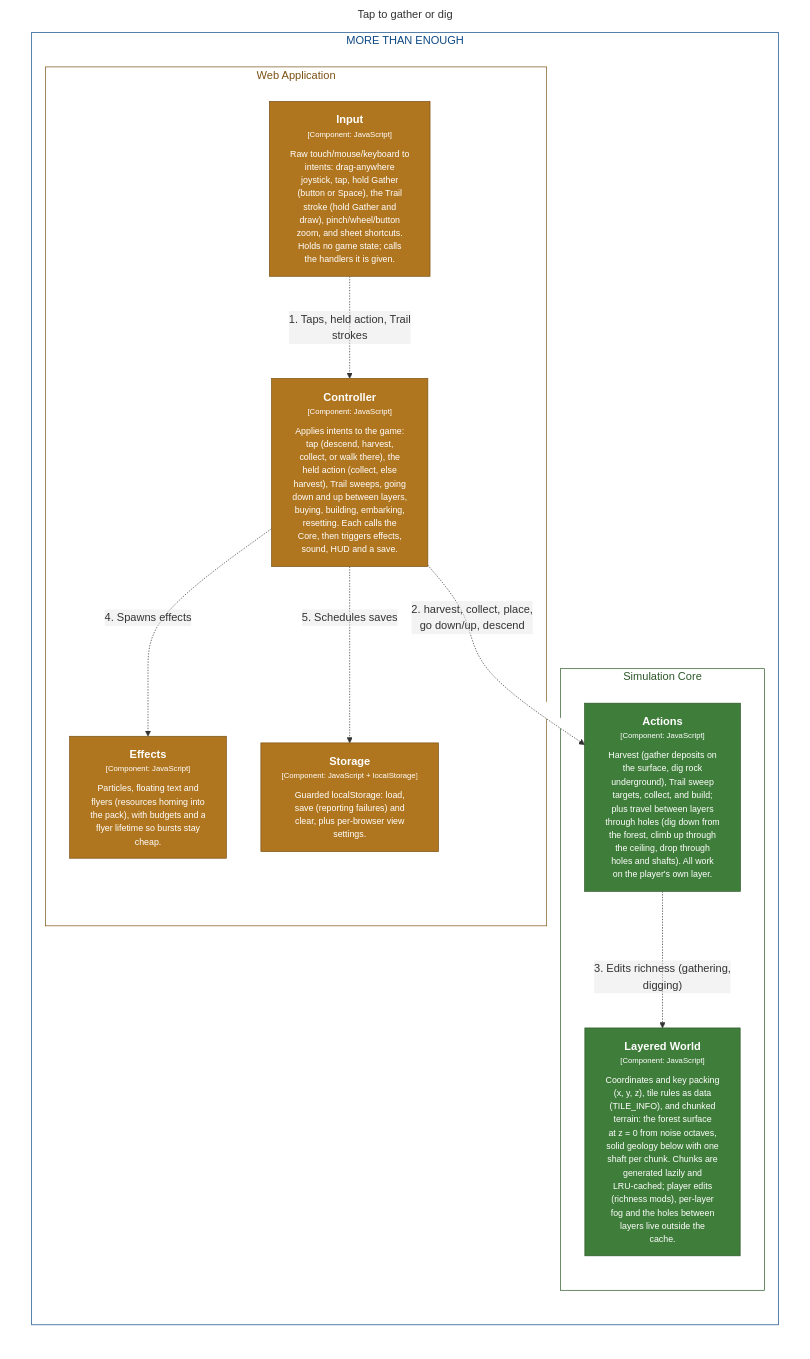
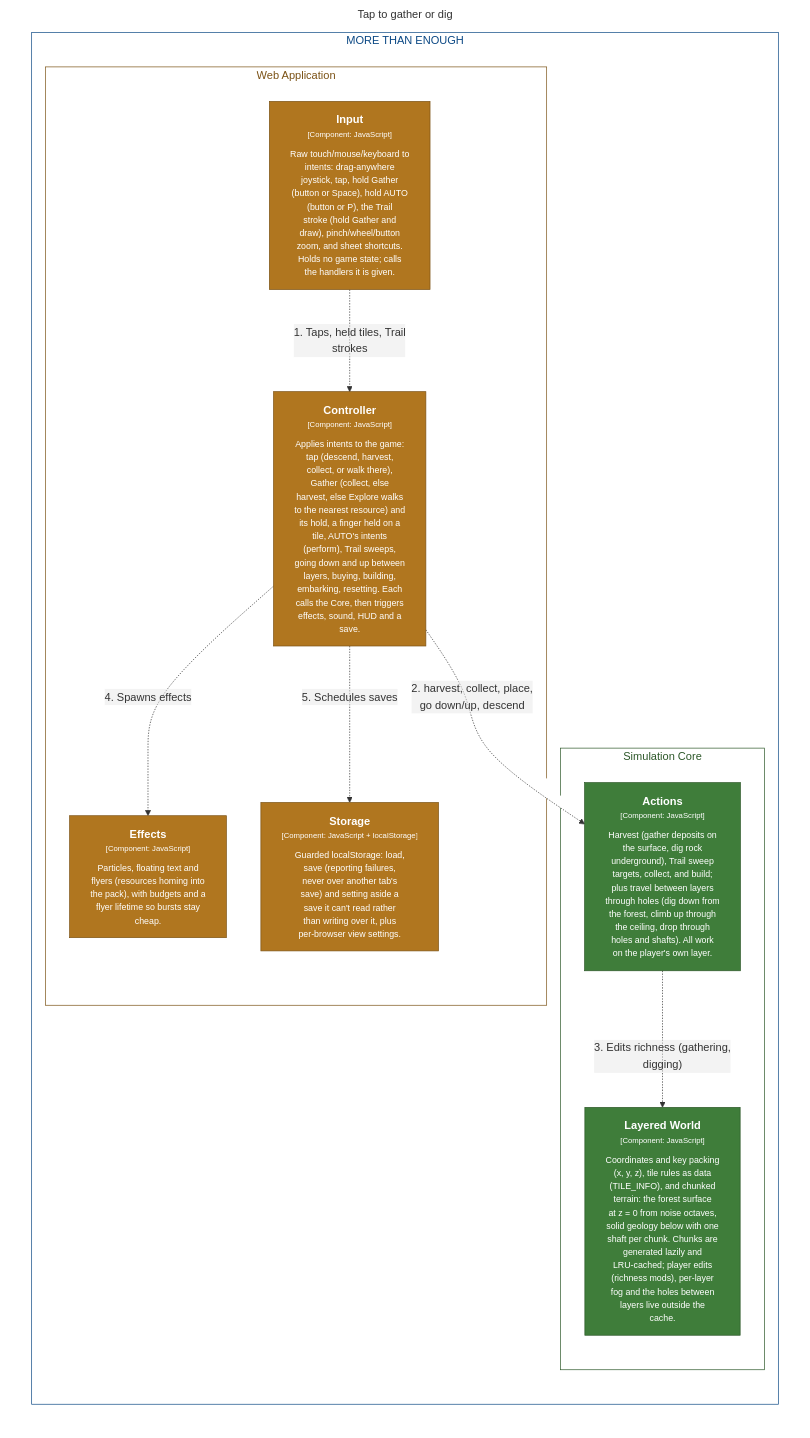
One commit to bitkojine/more-than-enough changed the diagram in structurizr/diagrams/CollectFlow.mmd. Above: the diagram before and after it, drawn with Mermaid. The commit also changed 82 other files, not shown here.

Commit message:
v0.131.4: scale simulation and make AUTO fair and surface-first

```diff
--- a/structurizr/diagrams/CollectFlow.mmd
+++ b/structurizr/diagrams/CollectFlow.mmd
@@ -1,41 +1,41 @@
 %% Generated from structurizr/workspace.dsl — do not edit; run: node structurizr/scripts/structurizr.mjs mermaid
 graph LR
   linkStyle default fill:#ffffff
 
   subgraph diagram ["Tap to gather or dig"]
     style diagram fill:#ffffff,stroke:#ffffff
 
     subgraph 3 ["MORE THAN ENOUGH"]
       style 3 fill:#ffffff,stroke:#0b4884,color:#0b4884
 
-      subgraph 18 ["Simulation Core"]
-        style 18 fill:#ffffff,stroke:#2c5728,color:#2c5728
+      subgraph 22 ["Simulation Core"]
+        style 22 fill:#ffffff,stroke:#2c5728,color:#2c5728
 
-        19["<div style='font-weight: bold'>Layered World</div><div style='font-size: 70%; margin-top: 0px'>[Component: JavaScript]</div><div style='font-size: 80%; margin-top:10px'>Coordinates and key packing<br />(x, y, z), tile rules as data<br />(TILE_INFO), and chunked<br />terrain: the forest surface<br />at z = 0 from noise octaves,<br />solid geology below with one<br />shaft per chunk. Chunks are<br />generated lazily and<br />LRU-cached; player edits<br />(richness mods), per-layer<br />fog and the holes between<br />layers live outside the<br />cache.</div>"]
-        style 19 fill:#3f7d3a,stroke:#2c5728,color:#ffffff
-        22["<div style='font-weight: bold'>Actions</div><div style='font-size: 70%; margin-top: 0px'>[Component: JavaScript]</div><div style='font-size: 80%; margin-top:10px'>Harvest (gather deposits on<br />the surface, dig rock<br />underground), Trail sweep<br />targets, collect, and build;<br />plus travel between layers<br />through holes (dig down from<br />the forest, climb up through<br />the ceiling, drop through<br />holes and shafts). All work<br />on the player's own layer.</div>"]
-        style 22 fill:#3f7d3a,stroke:#2c5728,color:#ffffff
+        23["<div style='font-weight: bold'>Layered World</div><div style='font-size: 70%; margin-top: 0px'>[Component: JavaScript]</div><div style='font-size: 80%; margin-top:10px'>Coordinates and key packing<br />(x, y, z), tile rules as data<br />(TILE_INFO), and chunked<br />terrain: the forest surface<br />at z = 0 from noise octaves,<br />solid geology below with one<br />shaft per chunk. Chunks are<br />generated lazily and<br />LRU-cached; player edits<br />(richness mods), per-layer<br />fog and the holes between<br />layers live outside the<br />cache.</div>"]
+        style 23 fill:#3f7d3a,stroke:#2c5728,color:#ffffff
+        26["<div style='font-weight: bold'>Actions</div><div style='font-size: 70%; margin-top: 0px'>[Component: JavaScript]</div><div style='font-size: 80%; margin-top:10px'>Harvest (gather deposits on<br />the surface, dig rock<br />underground), Trail sweep<br />targets, collect, and build;<br />plus travel between layers<br />through holes (dig down from<br />the forest, climb up through<br />the ceiling, drop through<br />holes and shafts). All work<br />on the player's own layer.</div>"]
+        style 26 fill:#3f7d3a,stroke:#2c5728,color:#ffffff
       end
 
       subgraph 4 ["Web Application"]
         style 4 fill:#ffffff,stroke:#7b5215,color:#7b5215
 
-        10["<div style='font-weight: bold'>Effects</div><div style='font-size: 70%; margin-top: 0px'>[Component: JavaScript]</div><div style='font-size: 80%; margin-top:10px'>Particles, floating text and<br />flyers (resources homing into<br />the pack), with budgets and a<br />flyer lifetime so bursts stay<br />cheap.</div>"]
-        style 10 fill:#b0761f,stroke:#7b5215,color:#ffffff
-        15["<div style='font-weight: bold'>Storage</div><div style='font-size: 70%; margin-top: 0px'>[Component: JavaScript + localStorage]</div><div style='font-size: 80%; margin-top:10px'>Guarded localStorage: load,<br />save (reporting failures) and<br />clear, plus per-browser view<br />settings.</div>"]
-        style 15 fill:#b0761f,stroke:#7b5215,color:#ffffff
-        6["<div style='font-weight: bold'>Input</div><div style='font-size: 70%; margin-top: 0px'>[Component: JavaScript]</div><div style='font-size: 80%; margin-top:10px'>Raw touch/mouse/keyboard to<br />intents: drag-anywhere<br />joystick, tap, hold Gather<br />(button or Space), the Trail<br />stroke (hold Gather and<br />draw), pinch/wheel/button<br />zoom, and sheet shortcuts.<br />Holds no game state; calls<br />the handlers it is given.</div>"]
-        style 6 fill:#b0761f,stroke:#7b5215,color:#ffffff
-        7["<div style='font-weight: bold'>Controller</div><div style='font-size: 70%; margin-top: 0px'>[Component: JavaScript]</div><div style='font-size: 80%; margin-top:10px'>Applies intents to the game:<br />tap (descend, harvest,<br />collect, or walk there), the<br />held action (collect, else<br />harvest), Trail sweeps, going<br />down and up between layers,<br />buying, building, embarking,<br />resetting. Each calls the<br />Core, then triggers effects,<br />sound, HUD and a save.</div>"]
+        12["<div style='font-weight: bold'>Effects</div><div style='font-size: 70%; margin-top: 0px'>[Component: JavaScript]</div><div style='font-size: 80%; margin-top:10px'>Particles, floating text and<br />flyers (resources homing into<br />the pack), with budgets and a<br />flyer lifetime so bursts stay<br />cheap.</div>"]
+        style 12 fill:#b0761f,stroke:#7b5215,color:#ffffff
+        17["<div style='font-weight: bold'>Storage</div><div style='font-size: 70%; margin-top: 0px'>[Component: JavaScript + localStorage]</div><div style='font-size: 80%; margin-top:10px'>Guarded localStorage: load,<br />save (reporting failures,<br />never over another tab's<br />save) and setting aside a<br />save it can't read rather<br />than writing over it, plus<br />per-browser view settings.</div>"]
+        style 17 fill:#b0761f,stroke:#7b5215,color:#ffffff
+        7["<div style='font-weight: bold'>Input</div><div style='font-size: 70%; margin-top: 0px'>[Component: JavaScript]</div><div style='font-size: 80%; margin-top:10px'>Raw touch/mouse/keyboard to<br />intents: drag-anywhere<br />joystick, tap, hold Gather<br />(button or Space), hold AUTO<br />(button or P), the Trail<br />stroke (hold Gather and<br />draw), pinch/wheel/button<br />zoom, and sheet shortcuts.<br />Holds no game state; calls<br />the handlers it is given.</div>"]
         style 7 fill:#b0761f,stroke:#7b5215,color:#ffffff
+        8["<div style='font-weight: bold'>Controller</div><div style='font-size: 70%; margin-top: 0px'>[Component: JavaScript]</div><div style='font-size: 80%; margin-top:10px'>Applies intents to the game:<br />tap (descend, harvest,<br />collect, or walk there),<br />Gather (collect, else<br />harvest, else Explore walks<br />to the nearest resource) and<br />its hold, a finger held on a<br />tile, AUTO's intents<br />(perform), Trail sweeps,<br />going down and up between<br />layers, buying, building,<br />embarking, resetting. Each<br />calls the Core, then triggers<br />effects, sound, HUD and a<br />save.</div>"]
+        style 8 fill:#b0761f,stroke:#7b5215,color:#ffffff
       end
 
     end
 
-    6-. "<div>1. Taps, held action, Trail<br />strokes</div><div style='font-size: 70%'></div>" .->7
-    7-. "<div>2. harvest, collect, place,<br />go down/up, descend</div><div style='font-size: 70%'></div>" .->22
-    22-. "<div>3. Edits richness (gathering,<br />digging)</div><div style='font-size: 70%'></div>" .->19
-    7-. "<div>4. Spawns effects</div><div style='font-size: 70%'></div>" .->10
-    7-. "<div>5. Schedules saves</div><div style='font-size: 70%'></div>" .->15
+    7-. "<div>1. Taps, held tiles, Trail<br />strokes</div><div style='font-size: 70%'></div>" .->8
+    8-. "<div>2. harvest, collect, place,<br />go down/up, descend</div><div style='font-size: 70%'></div>" .->26
+    26-. "<div>3. Edits richness (gathering,<br />digging)</div><div style='font-size: 70%'></div>" .->23
+    8-. "<div>4. Spawns effects</div><div style='font-size: 70%'></div>" .->12
+    8-. "<div>5. Schedules saves</div><div style='font-size: 70%'></div>" .->17
 
   end
```
